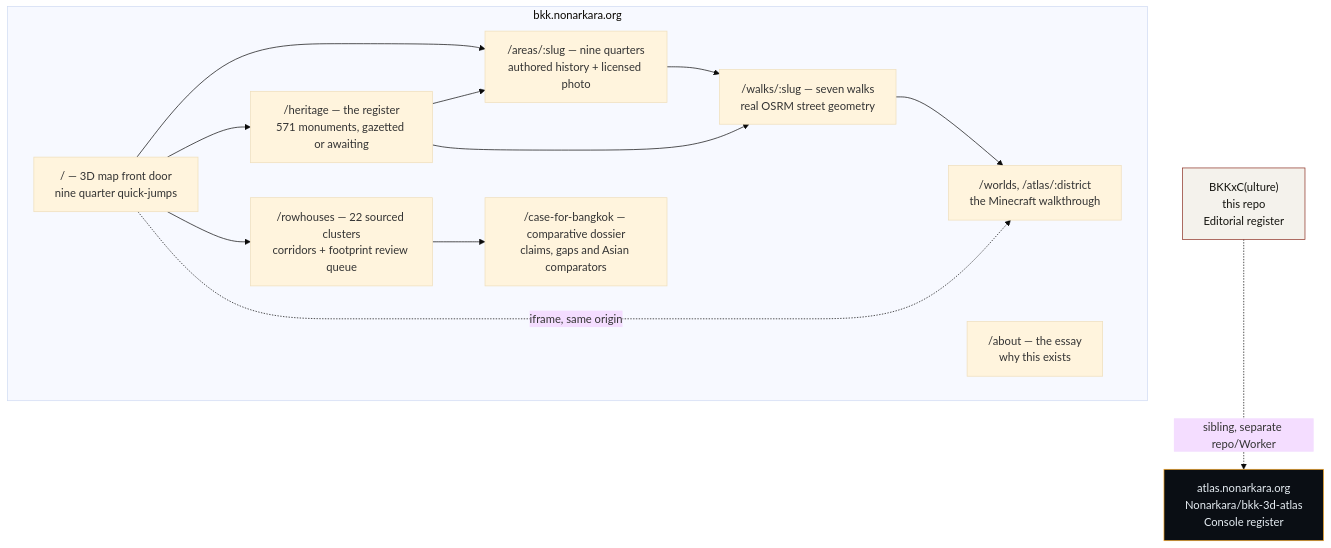
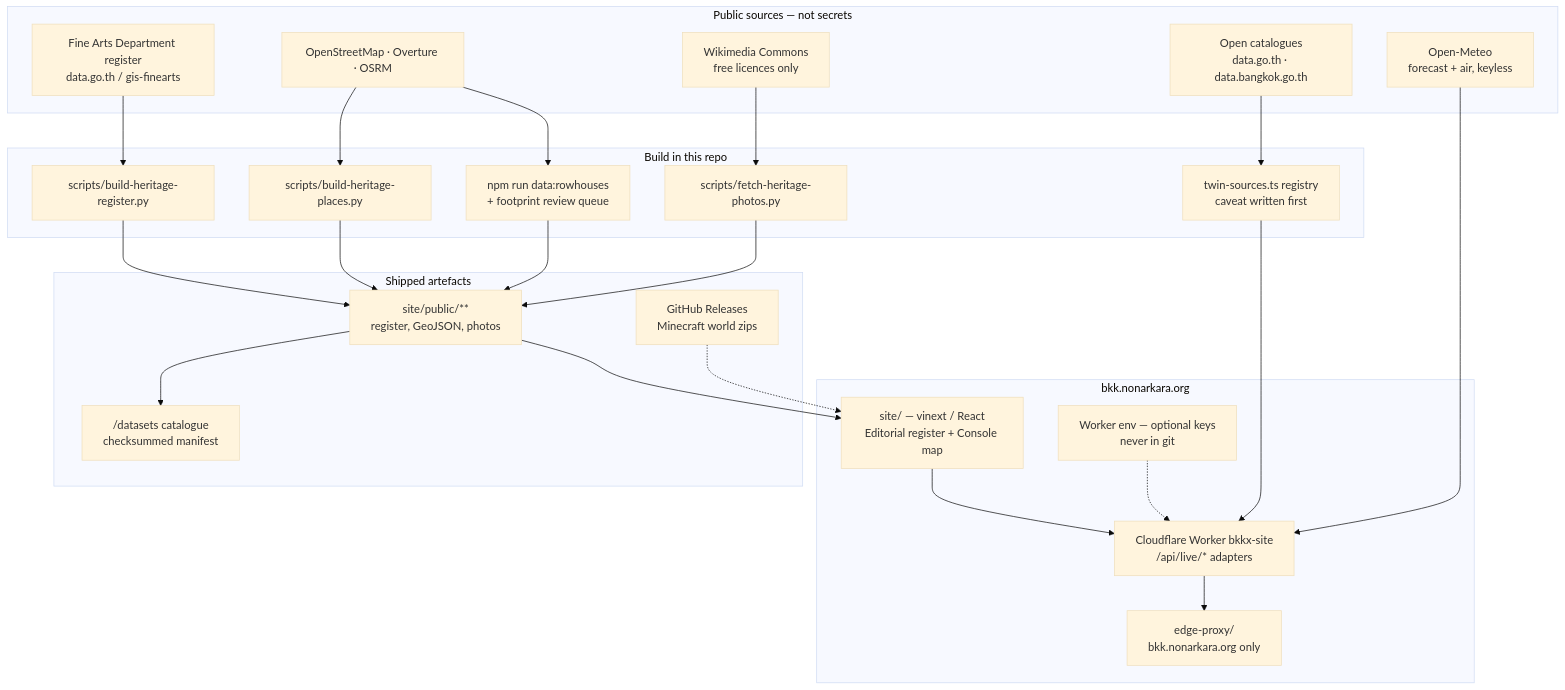
The diagram in README.md (Nonarkara/BKKx), drawn with Mermaid (base theme) before and after one commit. The commit also changed other lines of this file and 1 other file, not shown here.

````diff
--- a/README.md
+++ b/README.md
@@ -28,27 +98,44 @@
 ```mermaid
-graph TD
-    subgraph bkk.nonarkara.org
-        FrontDoor["/ — 3D map front door<br/>nine quarter quick-jumps"]
-        Register["/heritage — the register<br/>571 monuments, gazetted or awaiting"]
-        Areas["/areas/:slug — nine quarters<br/>authored history + licensed photo"]
-        Walks["/walks/:slug — seven walks<br/>real OSRM street geometry"]
-        About["/about — the essay<br/>why this exists"]
-        Rowhouses["/rowhouses — 22 sourced clusters<br/>corridors + footprint review queue"]
-        Case["/case-for-bangkok — comparative dossier<br/>claims, gaps and Asian comparators"]
-        Worlds["/worlds, /atlas/:district<br/>the Minecraft walkthrough"]
+flowchart TB
+    subgraph sources [Public sources — not secrets]
+        FAD["Fine Arts Department register<br/>data.go.th / gis-finearts"]
+        OSM["OpenStreetMap · Overture · OSRM"]
+        COMMONS["Wikimedia Commons<br/>free licences only"]
+        OPEN["Open catalogues<br/>data.go.th · data.bangkok.go.th"]
+        METEO["Open-Meteo<br/>forecast + air, keyless"]
     end
-    FrontDoor --> Areas
-    FrontDoor --> Register
-    FrontDoor --> Rowhouses
-    Register --> Areas
-    Register --> Walks
-    Areas --> Walks
-    Walks --> Worlds
-    Rowhouses --> Case
-    FrontDoor -.iframe, same origin.-> Worlds
 
-    Culture["BKKxC(ulture)<br/>this repo<br/>Editorial register"] -.sibling, separate repo/Worker.-> Atlas["atlas.nonarkara.org<br/>Nonarkara/bkk-3d-atlas<br/>Console register"]
+    subgraph build [Build in this repo]
+        REG["scripts/build-heritage-register.py"]
+        PLACES["scripts/build-heritage-places.py"]
+        PHOTOS["scripts/fetch-heritage-photos.py"]
+        ROW["npm run data:rowhouses<br/>+ footprint review queue"]
+        TWIN["twin-sources.ts registry<br/>caveat written first"]
+    end
 
-    style Culture fill:#f4f2ec,stroke:#8c2f23,color:#14140f
-    style Atlas fill:#0a0e14,stroke:#f5a524,color:#e6edf3
+    subgraph ship [Shipped artefacts]
+        JSON["site/public/**<br/>register, GeoJSON, photos"]
+        CAT["/datasets catalogue<br/>checksummed manifest"]
+        WORLD["GitHub Releases<br/>Minecraft world zips"]
+    end
+
+    subgraph serve [bkk.nonarkara.org]
+        SITE["site/ — vinext / React<br/>Editorial register + Console map"]
+        WORKER["Cloudflare Worker bkkx-site<br/>/api/live/* adapters"]
+        PROXY["edge-proxy/<br/>bkk.nonarkara.org only"]
+        ENV["Worker env — optional keys<br/>never in git"]
+    end
+
+    FAD --> REG --> JSON
+    OSM --> PLACES --> JSON
+    OSM --> ROW --> JSON
+    COMMONS --> PHOTOS --> JSON
+    OPEN --> TWIN
+    METEO --> WORKER
+    JSON --> CAT
+    JSON --> SITE
+    SITE --> WORKER --> PROXY
+    TWIN --> WORKER
+    ENV -.-> WORKER
+    WORLD -.-> SITE
 ```
````
